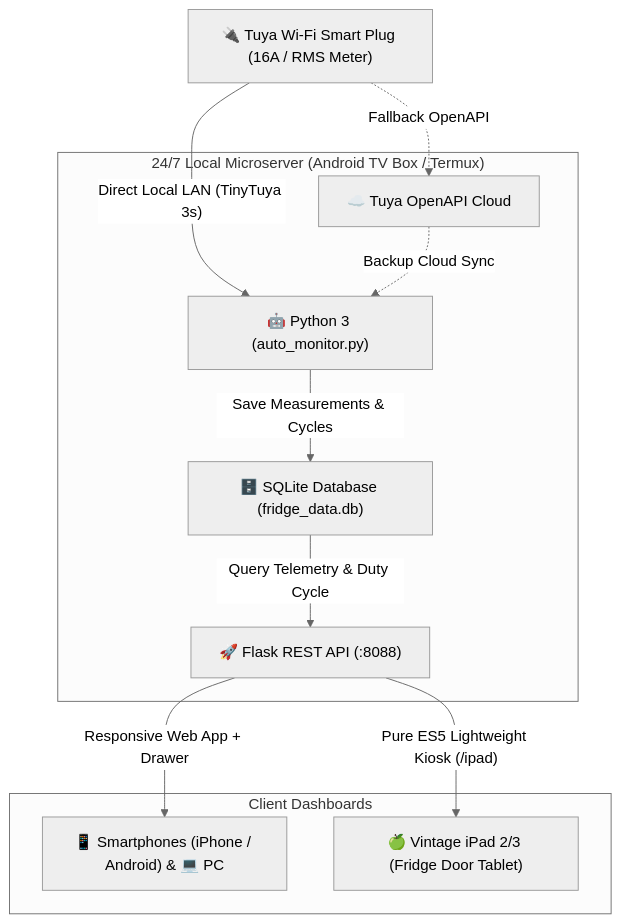
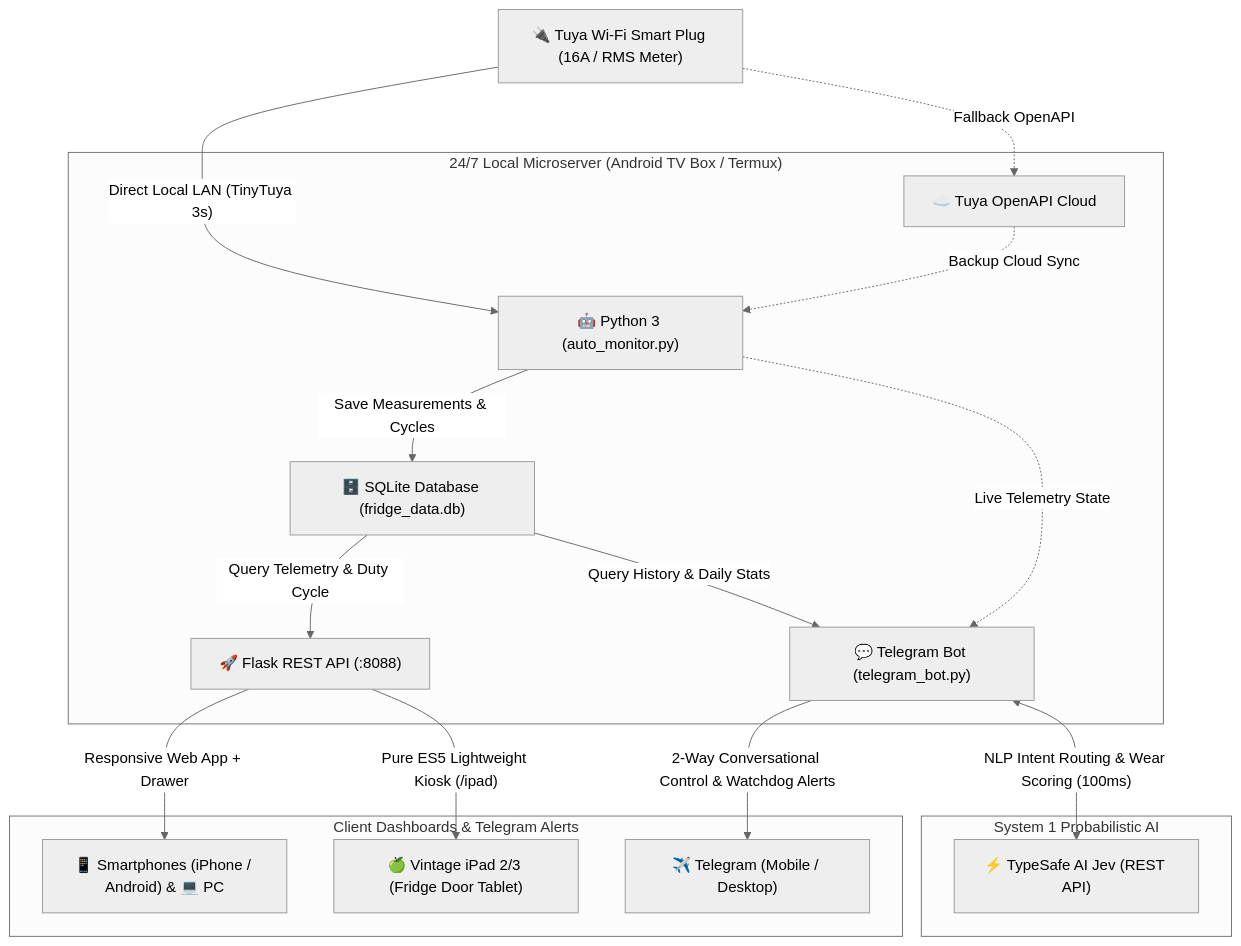
One commit to ALEVOLDON/SmartFridge-Telemetry-Kiosk changed the diagram in README.md. Above: the diagram before and after it, drawn with Mermaid (neutral theme). The commit also changed other lines of this file, not shown here.

Commit message:
docs: document TypeSafe AI co-pilot, Telegram bot architecture and configuration in README

````diff
--- a/README.md
+++ b/README.md
@@ -45,20 +48,29 @@
 ```mermaid
 graph TD
     A["🔌 Tuya Wi-Fi Smart Plug (16A / RMS Meter)"] -->|"Direct Local LAN (TinyTuya 3s)"| C
     A -.->|"Fallback OpenAPI"| B["☁️ Tuya OpenAPI Cloud"]
     
     subgraph "24/7 Local Microserver (Android TV Box / Termux)"
         C["🤖 Python 3 (auto_monitor.py)"]
         D["🗄️ SQLite Database (fridge_data.db)"]
         E["🚀 Flask REST API (:8088)"]
+        H["💬 Telegram Bot (telegram_bot.py)"]
         
         B -.->|"Backup Cloud Sync"| C
         C -->|"Save Measurements & Cycles"| D
         D -->|"Query Telemetry & Duty Cycle"| E
+        D -->|"Query History & Daily Stats"| H
+        C -.->|"Live Telemetry State"| H
+    end
+
+    subgraph "System 1 Probabilistic AI"
+        I["⚡ TypeSafe AI Jev (REST API)"]
+        H <-->|"NLP Intent Routing & Wear Scoring (100ms)"| I
     end
     
-    subgraph "Client Dashboards"
+    subgraph "Client Dashboards & Telegram Alerts"
         E -->|"Responsive Web App + Drawer"| F["📱 Smartphones (iPhone / Android) & 💻 PC"]
         E -->|"Pure ES5 Lightweight Kiosk (/ipad)"| G["🍏 Vintage iPad 2/3 (Fridge Door Tablet)"]
+        H -->|"2-Way Conversational Control & Watchdog Alerts"| J["✈️ Telegram (Mobile / Desktop)"]
     end
 ```
````
